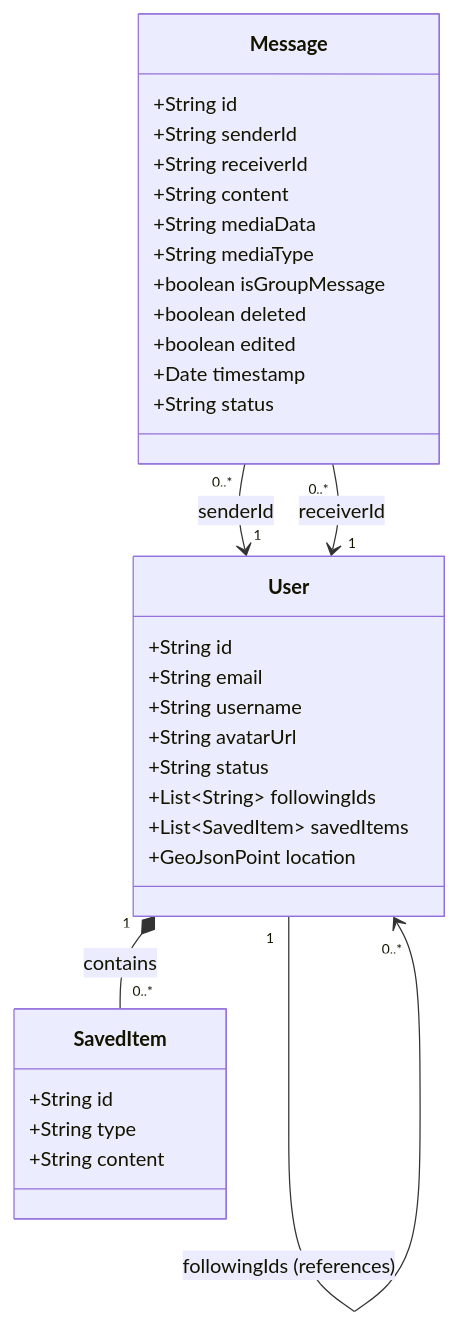
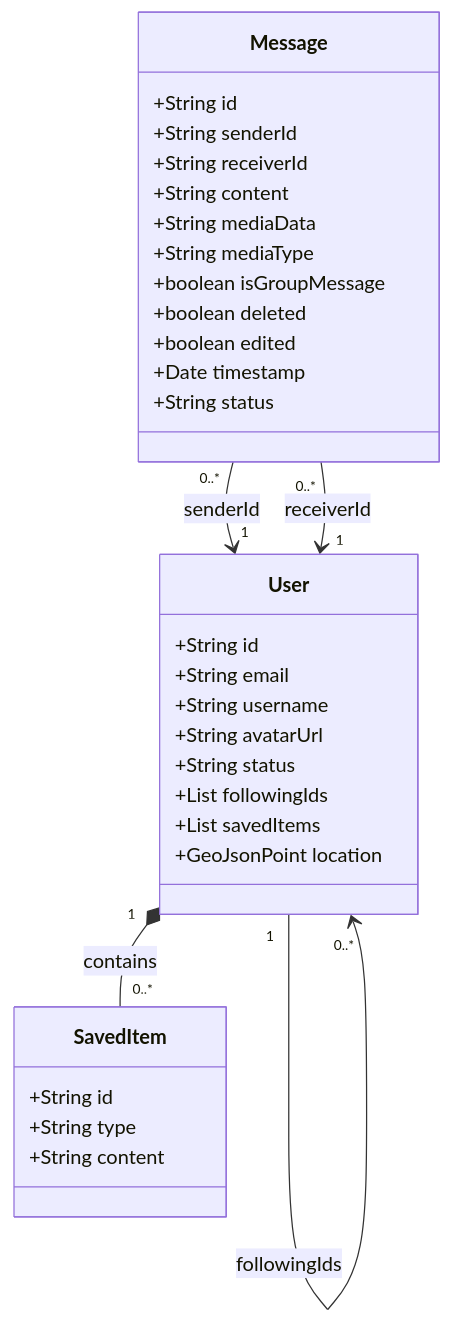
One commit to raviattrash-pro/nexus-chat changed the second of 3 diagrams in README.md. Above: the diagram before and after it, drawn with Mermaid. The commit also changed other lines of this file and 1 other file, not shown here.

Commit message:
docs: fix Mermaid HLD/LLD diagram syntax and image placeholder URLs for GitHub rendering

````diff
--- a/README.md
+++ b/README.md
@@ -114,38 +113,38 @@
 ```mermaid
 classDiagram
     class User {
         +String id
         +String email
         +String username
         +String avatarUrl
         +String status
-        +List~String~ followingIds
-        +List~SavedItem~ savedItems
+        +List followingIds
+        +List savedItems
         +GeoJsonPoint location
     }
 
     class SavedItem {
         +String id
         +String type
         +String content
     }
 
     class Message {
         +String id
         +String senderId
         +String receiverId
         +String content
         +String mediaData
         +String mediaType
         +boolean isGroupMessage
         +boolean deleted
         +boolean edited
         +Date timestamp
         +String status
     }
 
     User "1" *-- "0..*" SavedItem : contains
-    User "1" --> "0..*" User : followingIds (references)
+    User "1" --> "0..*" User : followingIds
     Message "0..*" --> "1" User : senderId
     Message "0..*" --> "1" User : receiverId
 ```
````
